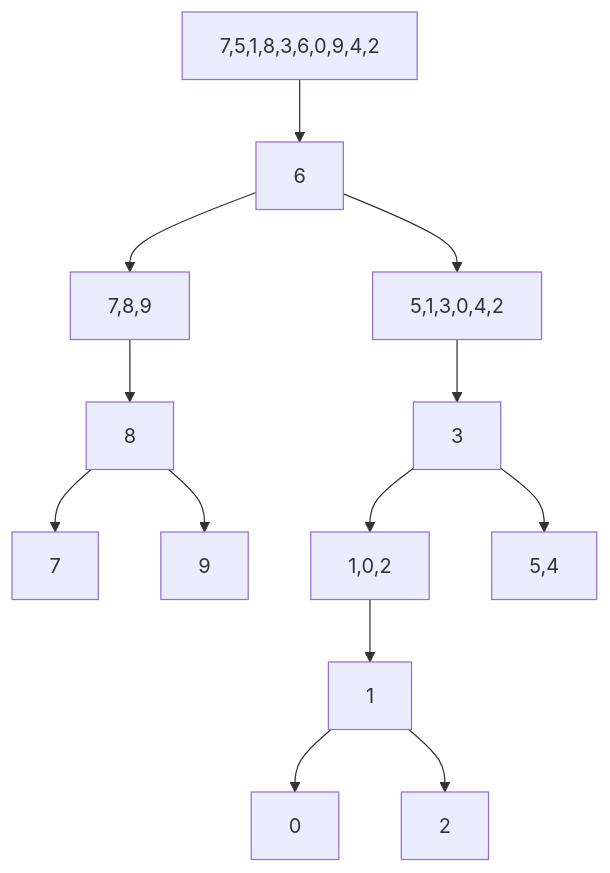
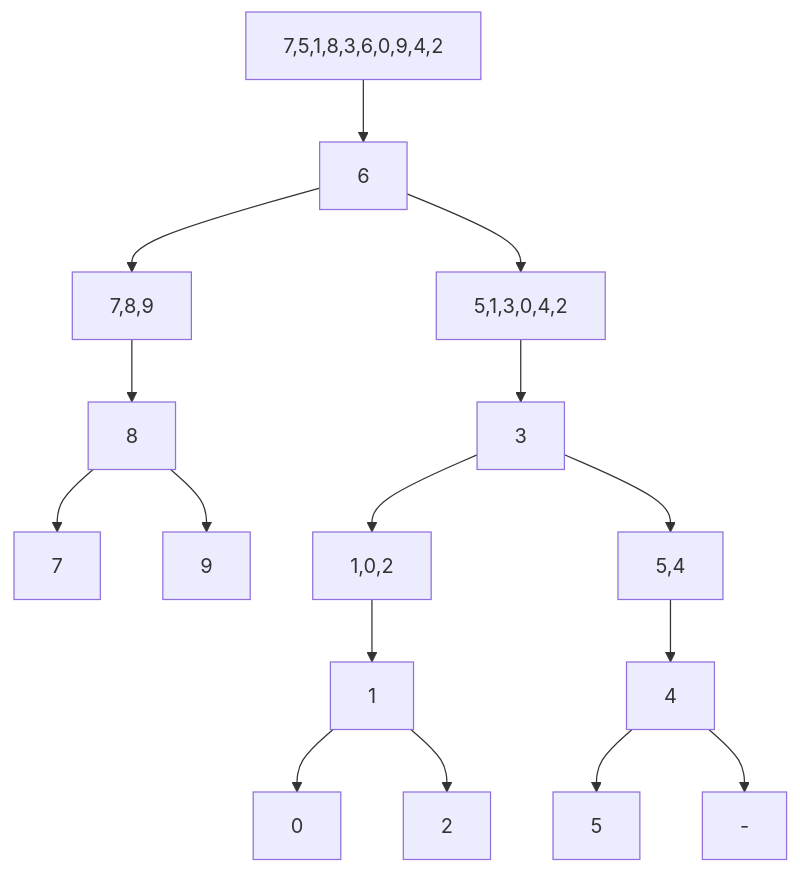
One commit to demirkolorg/BINARY-SEARCH-TREE changed the diagram in README.md. Above: the diagram before and after it, drawn with Mermaid.

````diff
--- a/README.md
+++ b/README.md
@@ -15,24 +15,27 @@
 ```mermaid
   graph TD;
         7,5,1,8,3,6,0,9,4,2 -->6;
 
         6-->5,1,3,0,4,2;
         6-->7,8,9;
 
         5,1,3,0,4,2-->3;
 
         3-->1,0,2;
 
         1,0,2-->1;
         1-->0;
         1-->2;
 
-        3-->5,4
+        3-->5,4;
+        5,4-->4;
+        4-->5;
+        4-->-;
 
 
         7,8,9-->8;
         8-->7;
         8-->9;
         
     
 ```
````
